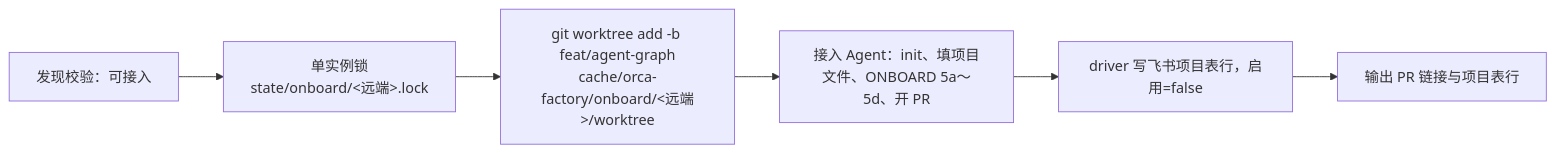
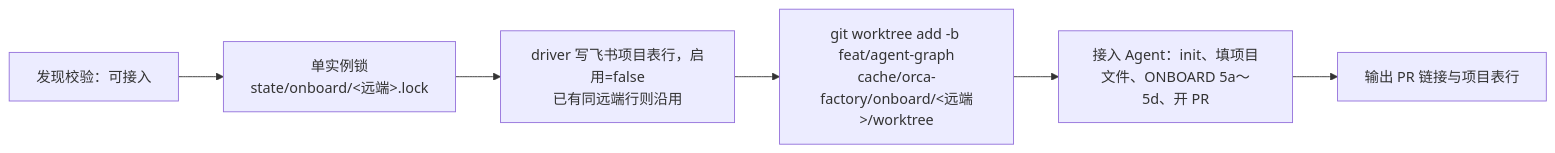
Before and after one commit to vmxmy/orca-factory: the diagram in driver/README.md, drawn with Mermaid. The commit also changed other lines of this file and 9 other files, not shown here.

First line of the commit message:
fix(driver): install.sh 支持飞书账本后端干跑，onboard 失败保留 Agent 最终说明 (OF-51) (#463)

````diff
--- a/driver/README.md
+++ b/driver/README.md
@@ -132,8 +132,8 @@
 ```mermaid
 flowchart LR
     A[发现校验：可接入] --> B[单实例锁<br/>state/onboard/&lt;远端&gt;.lock]
-    B --> C[git worktree add -b feat/agent-graph<br/>cache/orca-factory/onboard/&lt;远端&gt;/worktree]
+    B --> E[driver 写飞书项目表行，启用=false<br/>已有同远端行则沿用]
+    E --> C[git worktree add -b feat/agent-graph<br/>cache/orca-factory/onboard/&lt;远端&gt;/worktree]
     C --> D[接入 Agent：init、填项目文件、ONBOARD 5a～5d、开 PR]
-    D --> E[driver 写飞书项目表行，启用=false]
-    E --> F[输出 PR 链接与项目表行]
+    D --> F[输出 PR 链接与项目表行]
 ```
````
